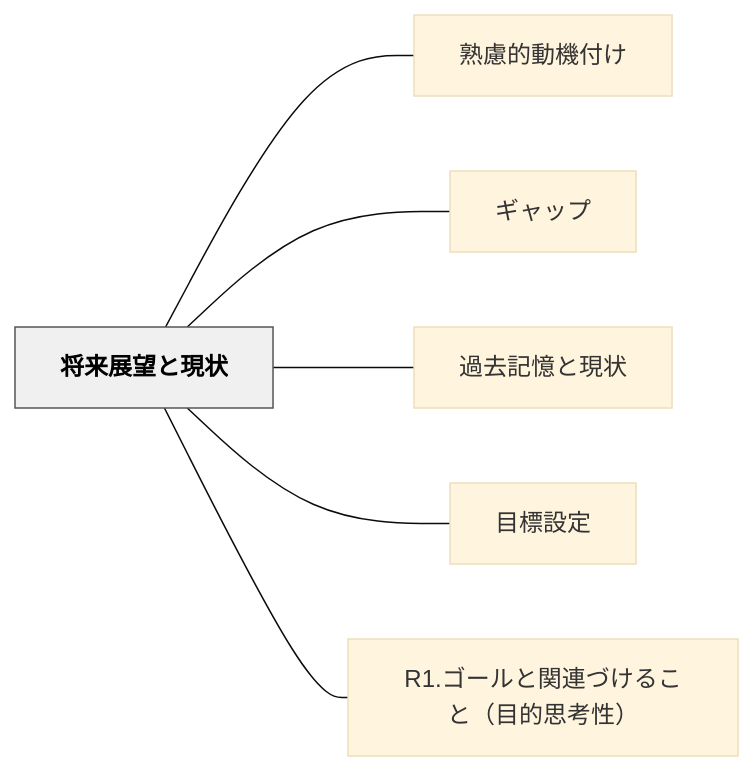
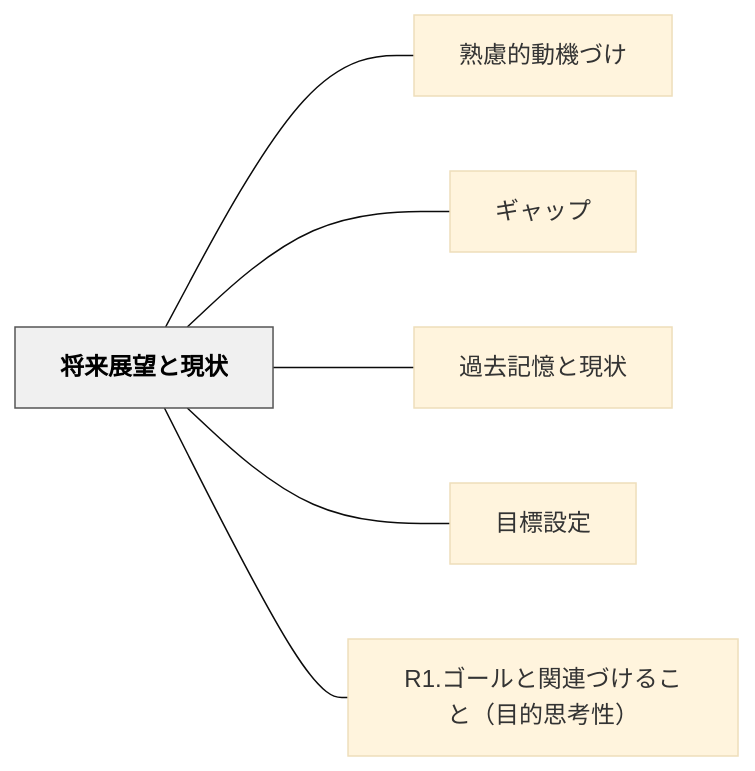
One commit to unknownthings-ed-patterns/unknownthings-ed-patterns changed the diagram in content/パタン/将来展望と現状.md. Above: the diagram before and after it, drawn with Mermaid (base theme). The commit also changed other lines of this file and 234 other files, not shown here.

````diff
--- a/content/パタン/将来展望と現状.md
+++ b/content/パタン/将来展望と現状.md
@@ -37,18 +37,18 @@
 ```mermaid
 flowchart LR
     ne5b086e69da5e5b195e69c9be381a8e78fbee78ab6["将来展望と現状"]
-    ne7869fe685aee79a84e58b95e6a99fe4bb98e38191["熟慮的動機付け"]
+    ne7869fe685aee79a84e58b95e6a99fe381a5e38191["熟慮的動機づけ"]
     ne382aee383a3e38383e38397["ギャップ"]
     ne9818ee58ebbe8a898e686b6e381a8e78fbee78ab6["過去記憶と現状"]
     ne79baee6a899e8a8ade5ae9a["目標設定"]
     n52312ee382b4e383bce383abe381a8e996a2e980a3e381a5e38191e3828be38193e381a8efbc88e79baee79a84e6809de88083e680a7efbc89["R1.ゴールと関連づけること（目的思考性）"]
 
-    ne5b086e69da5e5b195e69c9be381a8e78fbee78ab6 --- ne7869fe685aee79a84e58b95e6a99fe4bb98e38191
+    ne5b086e69da5e5b195e69c9be381a8e78fbee78ab6 --- ne7869fe685aee79a84e58b95e6a99fe381a5e38191
     ne5b086e69da5e5b195e69c9be381a8e78fbee78ab6 --- ne382aee383a3e38383e38397
     ne5b086e69da5e5b195e69c9be381a8e78fbee78ab6 --- ne9818ee58ebbe8a898e686b6e381a8e78fbee78ab6
     ne5b086e69da5e5b195e69c9be381a8e78fbee78ab6 --- ne79baee6a899e8a8ade5ae9a
     ne5b086e69da5e5b195e69c9be381a8e78fbee78ab6 --- n52312ee382b4e383bce383abe381a8e996a2e980a3e381a5e38191e3828be38193e381a8efbc88e79baee79a84e6809de88083e680a7efbc89
 
     classDef hub fill:#f0f0f0,stroke:#555,color:#000,font-weight:bold
     class ne5b086e69da5e5b195e69c9be381a8e78fbee78ab6 hub
 ```
````
